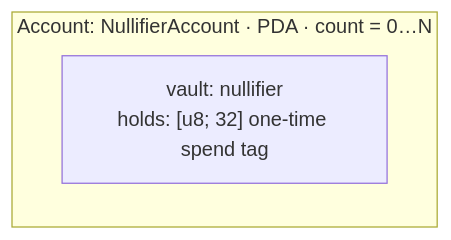
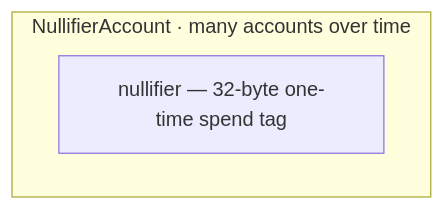
The seventh of 8 diagrams in docs/accounts-deep-dive.md (pprogrammingg/zk-spot-shield), drawn with Mermaid before and after one commit. The commit also changed other lines of this file and 4 other files, not shown here.

Commit message:
docs: numbered flow + account Q&A - YES

````diff
--- a/docs/accounts-deep-dive.md
+++ b/docs/accounts-deep-dive.md
@@ -166,6 +201,6 @@
 ```mermaid
 flowchart TB
-  subgraph NF["Account: NullifierAccount · PDA · count = 0…N"]
-    N["vault: nullifier<br/>holds: [u8; 32] one-time spend tag"]
+  subgraph NF["NullifierAccount · many accounts over time"]
+    N["nullifier — 32-byte one-time spend tag"]
   end
 ```
````
